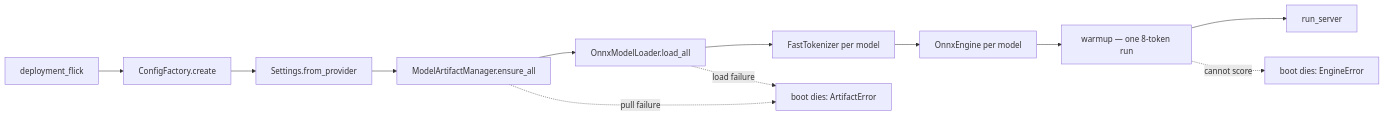
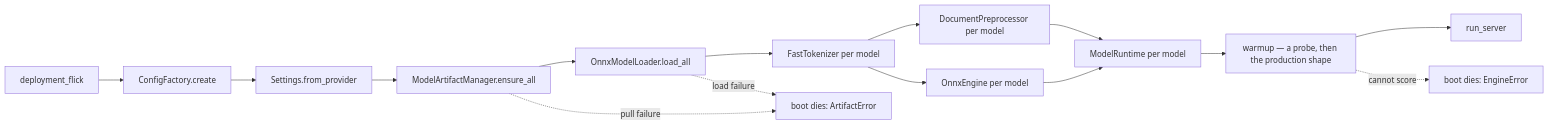
Before and after one commit to kunalPisolkar24/detectAI: the second of 6 diagrams in services/inference/specifications/references/inference-engine.md, drawn with Mermaid. The commit also changed other lines of this file, not shown here.

First line of the commit message:
Revise the inference engine reference for GPU deployment

````diff
--- a/services/inference/specifications/references/inference-engine.md
+++ b/services/inference/specifications/references/inference-engine.md
@@ -321,14 +454,17 @@
 ```mermaid
 flowchart LR
     A[deployment_flick] --> B[ConfigFactory.create]
     B --> C[Settings.from_provider]
     C --> D[ModelArtifactManager.ensure_all]
     D --> E[OnnxModelLoader.load_all]
     E --> F["FastTokenizer per model"]
-    F --> G["OnnxEngine per model"]
-    G --> H["warmup — one 8-token run"]
-    H --> I[run_server]
+    F --> G["DocumentPreprocessor per model"]
+    F --> H["OnnxEngine per model"]
+    G --> I["ModelRuntime per model"]
+    H --> I
+    I --> J["warmup — a probe, then the production shape"]
+    J --> K[run_server]
     D -. pull failure .-> X[boot dies: ArtifactError]
     E -. load failure .-> X
-    H -. cannot score .-> Y[boot dies: EngineError]
+    J -. cannot score .-> Y[boot dies: EngineError]
 ```
````
